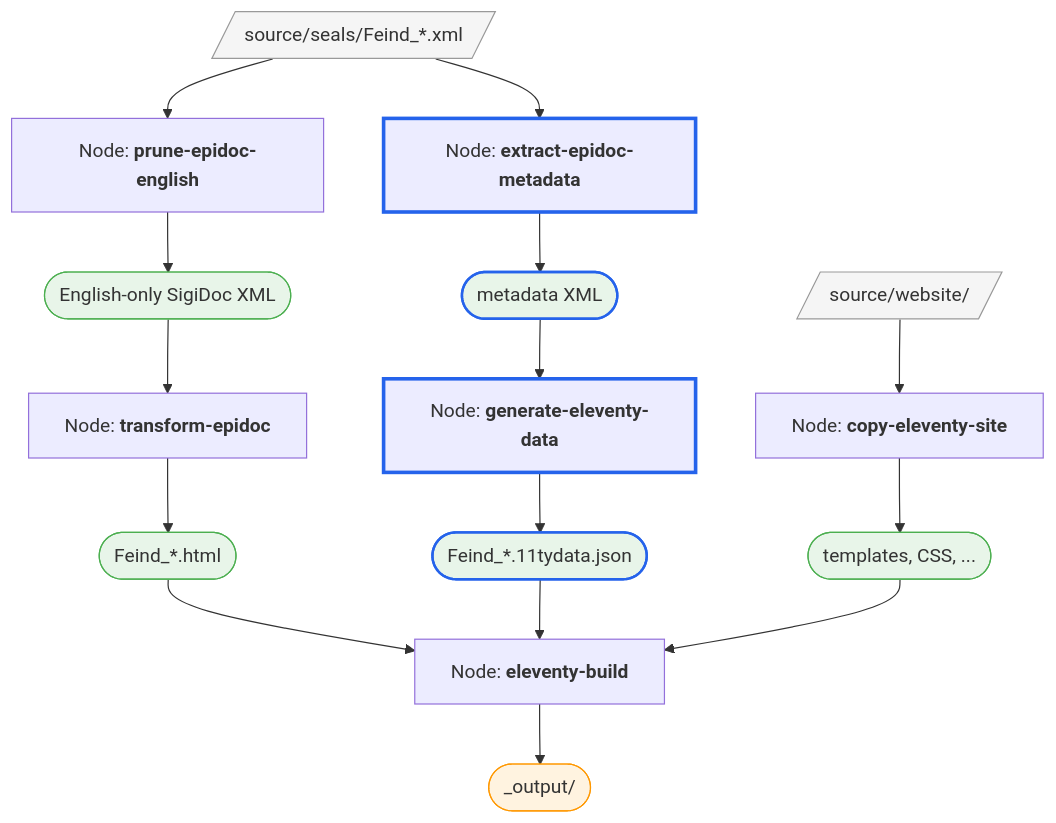
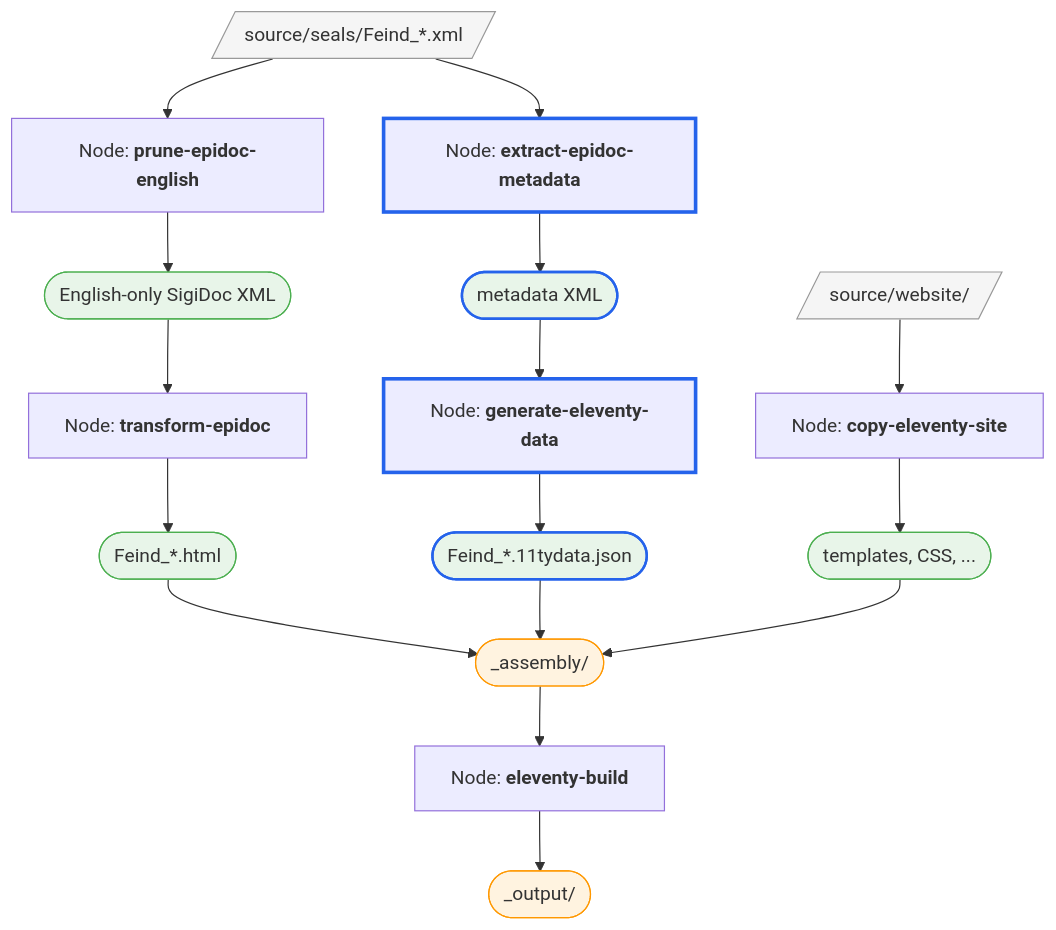
One commit to olvidalo/efes-ng-prototype changed the second of 2 diagrams in docs/tutorial/metadata-and-data.md. Above: the diagram before and after it, drawn with Mermaid. The commit also changed other lines of this file and 113 other files, not shown here.

````diff
--- a/docs/tutorial/metadata-and-data.md
+++ b/docs/tutorial/metadata-and-data.md
@@ -171,43 +237,46 @@
 ```mermaid
 flowchart TD
   seals[/"source/seals/Feind_*.xml"/]
   templates[/"source/website/"/]
 
   prune["Node: <b>prune-epidoc-english</b>"]
   transform["Node: <b>transform-epidoc</b>"]
   extract["Node: <b>extract-epidoc-metadata</b>"]
   data["Node: <b>generate-eleventy-data</b>"]
   copy["Node: <b>copy-eleventy-site</b>"]
   build["Node: <b>eleventy-build</b>"]
 
   pruned(["English-only SigiDoc XML"])
   html(["Feind_*.html"])
   meta(["metadata XML"])
   json(["Feind_*.11tydata.json"])
   site(["templates, CSS, ..."])
   output(["_output/"])
+  assembly(["_assembly/"])
 
   seals --> prune --> pruned
   seals --> extract --> meta
   pruned --> transform --> html
   meta --> data --> json
   templates --> copy --> site
 
-  html --> build
-  json --> build
-  site --> build
+  html --> assembly
+  json --> assembly
+  site --> assembly
+  assembly --> build
   build --> output
 
   style seals fill:#f5f5f5,stroke:#999
   style templates fill:#f5f5f5,stroke:#999
   style pruned fill:#e8f5e9,stroke:#4caf50
   style html fill:#e8f5e9,stroke:#4caf50
   style meta fill:#e8f5e9,stroke:#4caf50
   style json fill:#e8f5e9,stroke:#4caf50
   style site fill:#e8f5e9,stroke:#4caf50
+  style assembly fill:#fff3e0,stroke:#ff9800
   style output fill:#fff3e0,stroke:#ff9800
   style extract stroke:#2563eb,stroke-width:3px
   style data stroke:#2563eb,stroke-width:3px
   style meta stroke:#2563eb,stroke-width:2px
   style json stroke:#2563eb,stroke-width:2px
 ```
````
